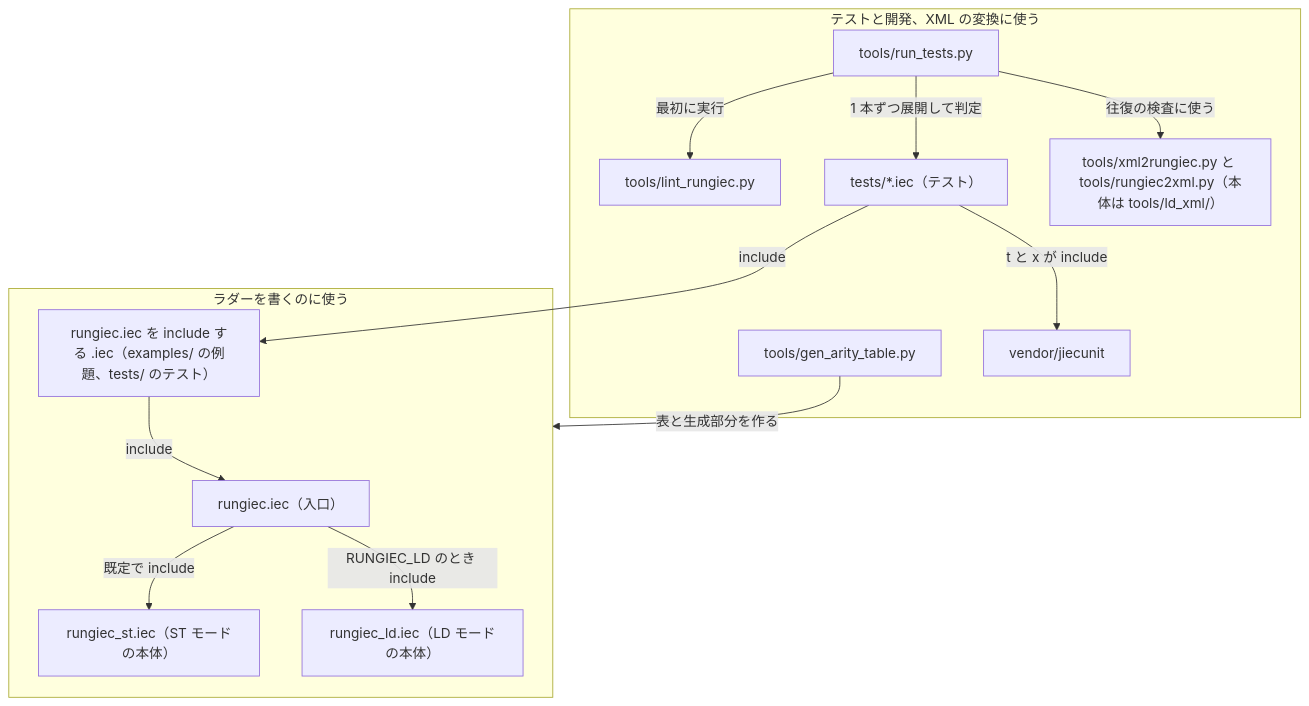
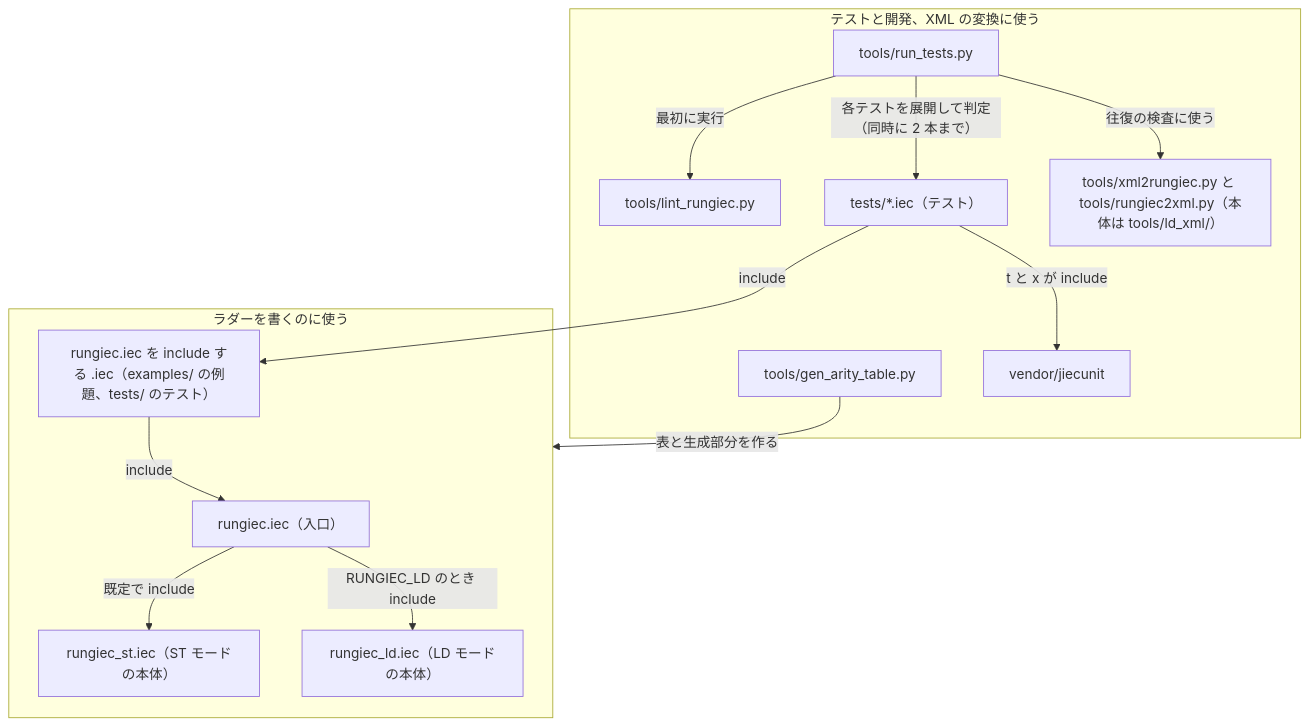
Before and after one commit to yunos0987/rungiec: the fourth of 4 diagrams in README.md, drawn with Mermaid. The commit also changed 5 other files, not shown here.

````diff
--- a/README.md
+++ b/README.md
@@ -247,25 +247,25 @@
 ```mermaid
 flowchart TD
   subgraph USE["ラダーを書くのに使う"]
     ENTRY["rungiec.iec（入口）"]
     STB["rungiec_st.iec（ST モードの本体）"]
     LDB["rungiec_ld.iec（LD モードの本体）"]
     ENTRY -->|"既定で include"| STB
     ENTRY -->|"RUNGIEC_LD のとき include"| LDB
     EX["rungiec.iec を include する .iec（examples/ の例題、tests/ のテスト）"] -->|"include"| ENTRY
   end
   subgraph DEV["テストと開発、XML の変換に使う"]
     RUN["tools/run_tests.py"]
     LINT["tools/lint_rungiec.py"]
     GEN["tools/gen_arity_table.py"]
     TST["tests/*.iec（テスト）"]
     JU["vendor/jiecunit"]
     XC["tools/xml2rungiec.py と tools/rungiec2xml.py（本体は tools/ld_xml/）"]
     RUN -->|"最初に実行"| LINT
-    RUN -->|"1 本ずつ展開して判定"| TST
+    RUN -->|"各テストを展開して判定（同時に 2 本まで）"| TST
     RUN -->|"往復の検査に使う"| XC
     TST -->|"t と x が include"| JU
   end
   TST -->|"include"| EX
   GEN -->|"表と生成部分を作る"| USE
 ```
````
